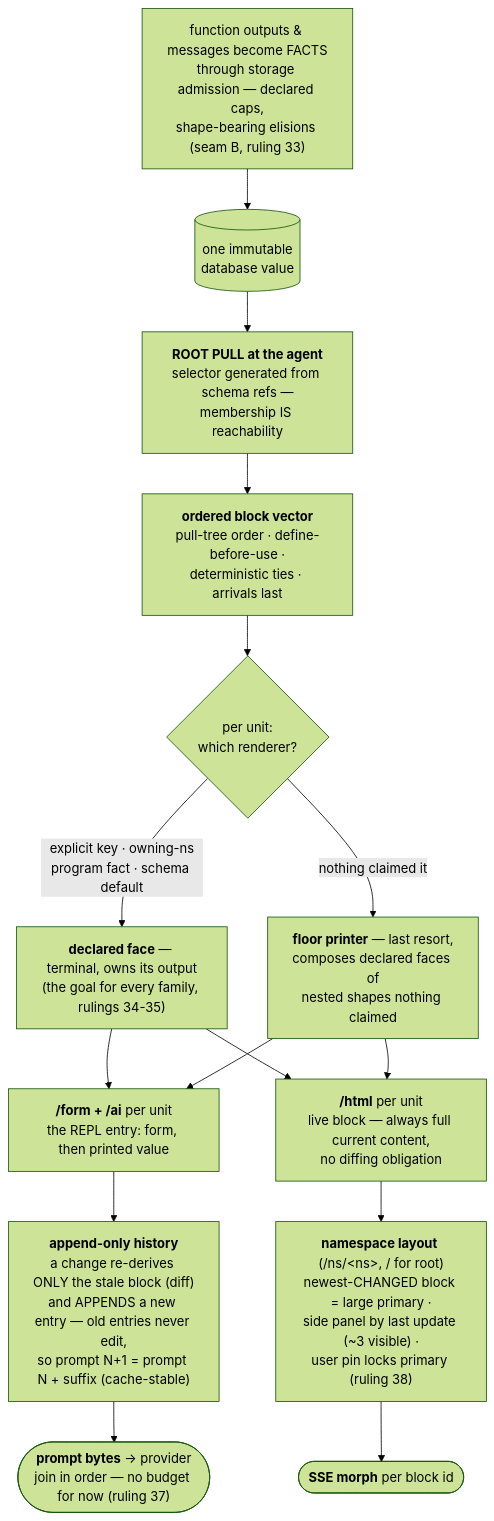
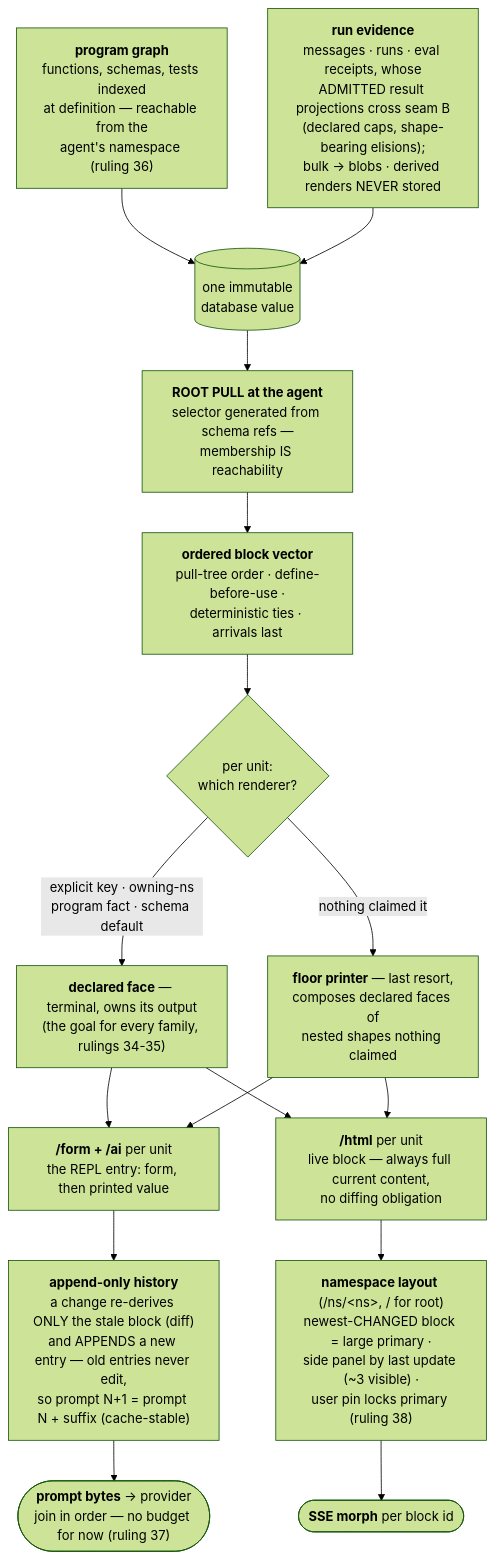
Before and after one commit to seantempesta/seon: the diagram in docs/prds/context-generation/plan/one-renderer-prd-2026-08-14.md, drawn with Mermaid (forest theme). The commit also changed other lines of this file, not shown here.

Commit message:
Correct the diagram's facts layer: program graph + run evidence
The misleading 'function outputs become facts' node splits into the
two real feeders: the program graph indexed at definition, and run
evidence whose admitted eval-result projections are the only seam-B
crossing. Derived renders are never stored, stated in the node and
the walkthrough.

````diff
--- a/docs/prds/context-generation/plan/one-renderer-prd-2026-08-14.md
+++ b/docs/prds/context-generation/plan/one-renderer-prd-2026-08-14.md
@@ -45,30 +45,33 @@
 ```mermaid
 flowchart TD
-    ADMIT["function outputs & messages become FACTS<br/>through storage admission — declared caps,<br/>shape-bearing elisions (seam B, ruling 33)"]
+    PROG["<b>program graph</b><br/>functions, schemas, tests indexed<br/>at definition — reachable from the<br/>agent's namespace (ruling 36)"]
+    EVID["<b>run evidence</b><br/>messages · runs · eval receipts, whose<br/>ADMITTED result projections cross seam B<br/>(declared caps, shape-bearing elisions);<br/>bulk → blobs · derived renders NEVER stored"]
     DB[("one immutable<br/>database value")]
     PULL["<b>ROOT PULL at the agent</b><br/>selector generated from schema refs —<br/>membership IS reachability"]
     VEC["<b>ordered block vector</b><br/>pull-tree order · define-before-use ·<br/>deterministic ties · arrivals last"]
     SEL{"per unit:<br/>which renderer?"}
     FACE["<b>declared face</b> — terminal, owns its output<br/>(the goal for every family, rulings 34-35)"]
     FLOOR["<b>floor printer</b> — last resort,<br/>composes declared faces of<br/>nested shapes nothing claimed"]
 
     AIENT["<b>/form + /ai</b> per unit<br/>the REPL entry: form, then printed value"]
     HIST["<b>append-only history</b><br/>a change re-derives ONLY the stale block (diff)<br/>and APPENDS a new entry — old entries never edit,<br/>so prompt N+1 = prompt N + suffix (cache-stable)"]
     PROMPT(["<b>prompt bytes</b> → provider<br/>join in order — no budget for now (ruling 37)"])
 
     HTMLB["<b>/html</b> per unit<br/>live block — always full current content,<br/>no diffing obligation"]
     LAYOUT["<b>namespace layout</b> (/ns/&lt;ns&gt;, / for root)<br/>newest-CHANGED block = large primary ·<br/>side panel by last update (~3 visible) ·<br/>user pin locks primary (ruling 38)"]
     MORPH(["<b>SSE morph</b> per block id"])
 
-    ADMIT --> DB --> PULL --> VEC --> SEL
+    PROG --> DB
+    EVID --> DB
+    DB --> PULL --> VEC --> SEL
     SEL -->|"explicit key · owning-ns<br/>program fact · schema default"| FACE
     SEL -->|"nothing claimed it"| FLOOR
 
     FACE --> AIENT
     FLOOR --> AIENT
     FACE --> HTMLB
     FLOOR --> HTMLB
 
     AIENT --> HIST --> PROMPT
     HTMLB --> LAYOUT --> MORPH
 ```
````
